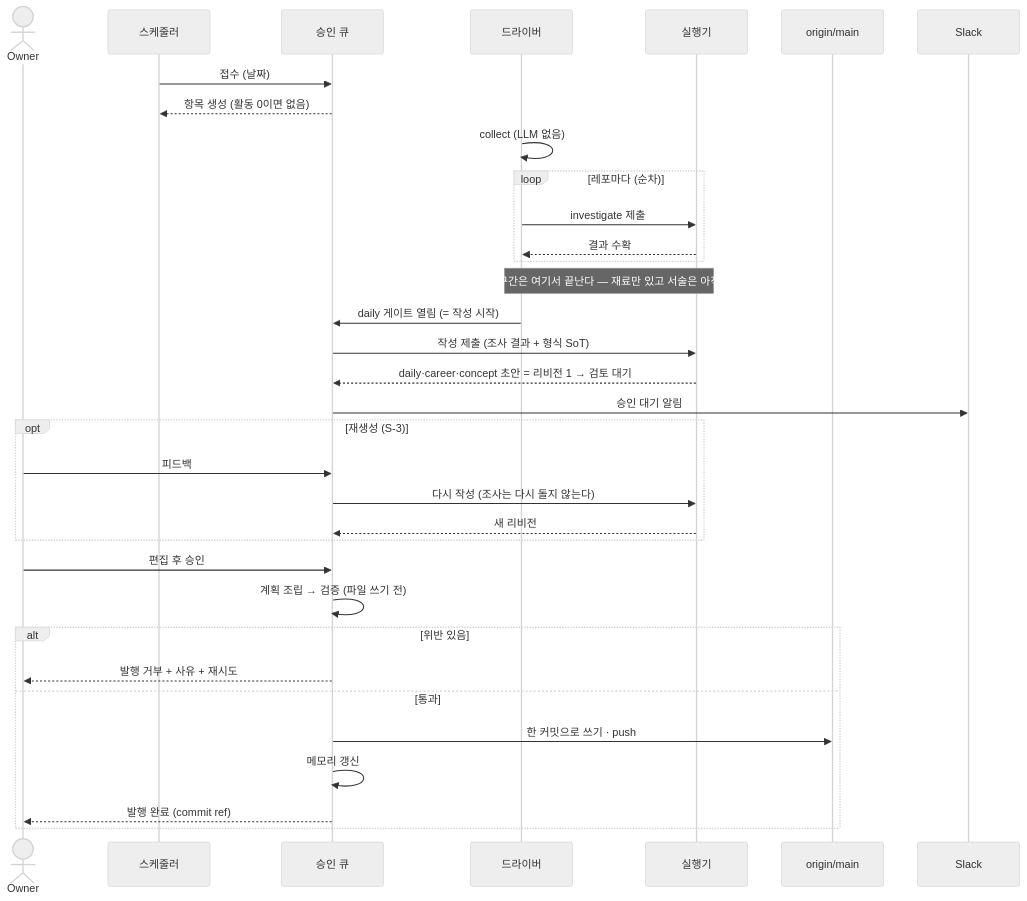
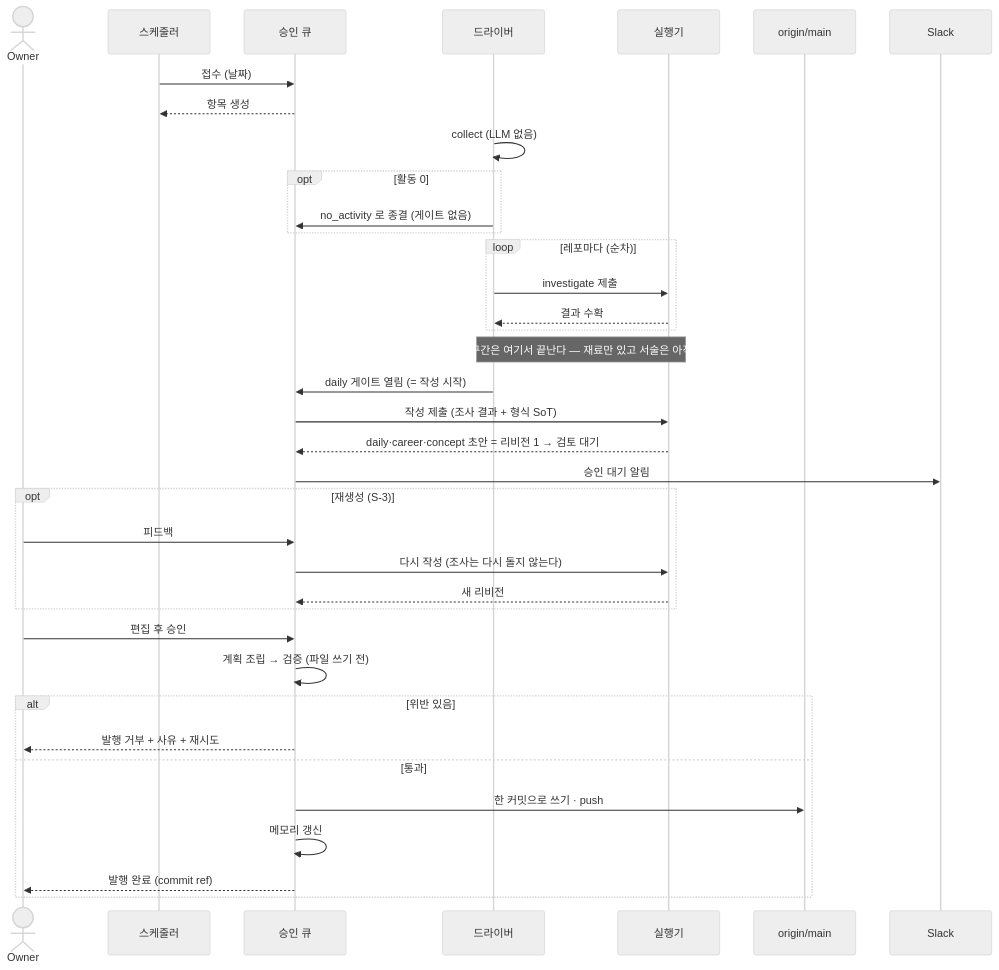
Before and after one commit to kknaks/kknaks_profile: the first of 2 diagrams in products/kknaks-dev/20-spec/spec-013-grass-gate.md, drawn with Mermaid (neutral theme). The commit also changed other lines of this file and 11 other files, not shown here.

````diff
--- a/products/kknaks-dev/20-spec/spec-013-grass-gate.md
+++ b/products/kknaks-dev/20-spec/spec-013-grass-gate.md
@@ -222,37 +222,40 @@
 ```mermaid
 sequenceDiagram
     actor Owner
     participant Sch as 스케줄러
     participant Q as 승인 큐
     participant Drv as 드라이버
     participant AI as 실행기
     participant Git as origin/main
     participant Slack
 
     Sch->>Q: 접수 (날짜)
-    Q-->>Sch: 항목 생성 (활동 0이면 없음)
+    Q-->>Sch: 항목 생성
     Drv->>Drv: collect (LLM 없음)
+    opt 활동 0
+        Drv->>Q: no_activity 로 종결 (게이트 없음)
+    end
     loop 레포마다 (순차)
         Drv->>AI: investigate 제출
         AI-->>Drv: 결과 수확
     end
     Note over Drv,AI: 자동 구간은 여기서 끝난다 — 재료만 있고 서술은 아직 없다
     Drv->>Q: daily 게이트 열림 (= 작성 시작)
     Q->>AI: 작성 제출 (조사 결과 + 형식 SoT)
     AI-->>Q: daily·career·concept 초안 = 리비전 1 → 검토 대기
     Q->>Slack: 승인 대기 알림
     opt 재생성 (S-3)
         Owner->>Q: 피드백
         Q->>AI: 다시 작성 (조사는 다시 돌지 않는다)
         AI-->>Q: 새 리비전
     end
     Owner->>Q: 편집 후 승인
     Q->>Q: 계획 조립 → 검증 (파일 쓰기 전)
     alt 위반 있음
         Q-->>Owner: 발행 거부 + 사유 + 재시도
     else 통과
         Q->>Git: 한 커밋으로 쓰기 · push
         Q->>Q: 메모리 갱신
         Q-->>Owner: 발행 완료 (commit ref)
     end
 ```
````
